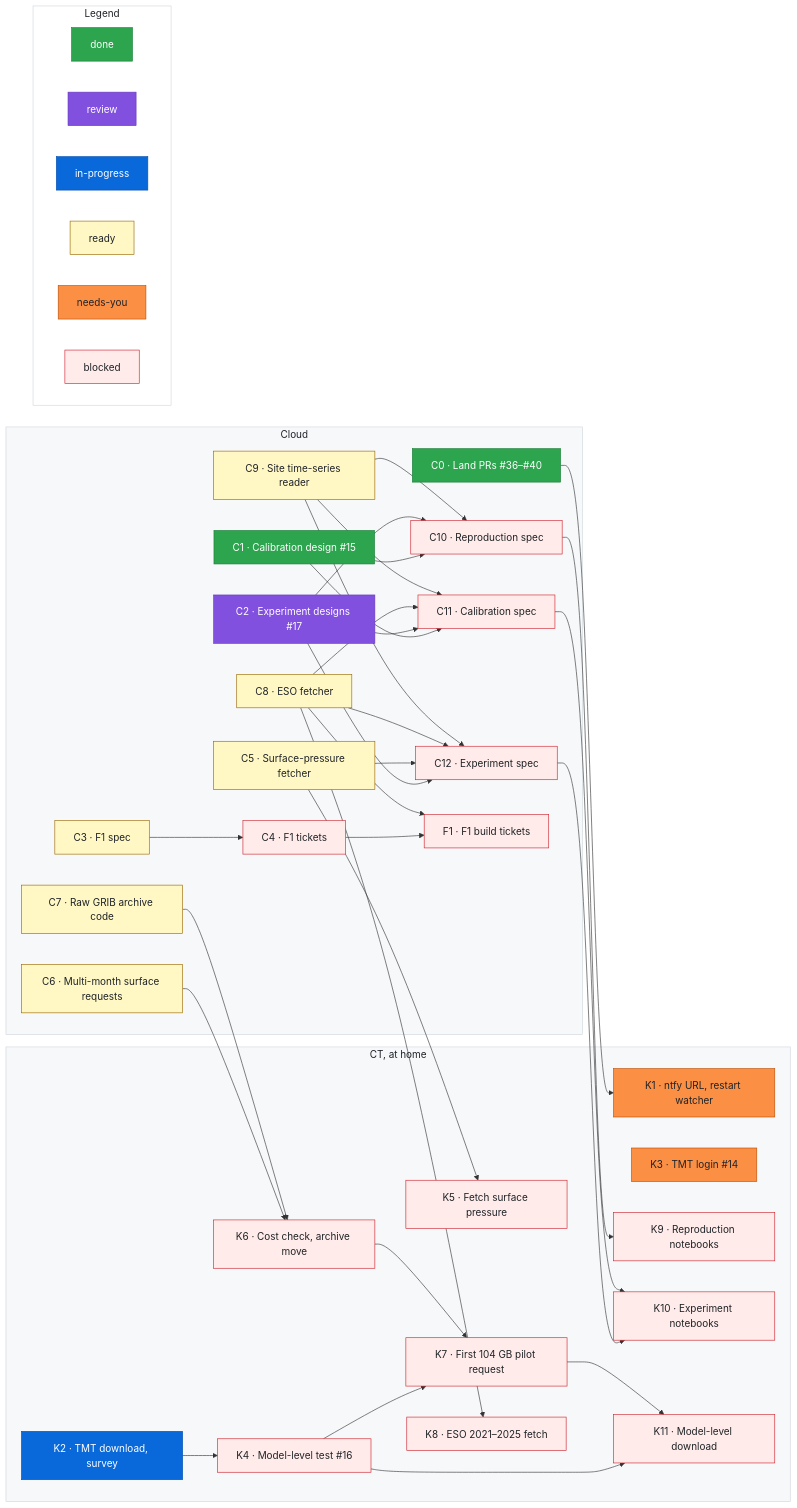
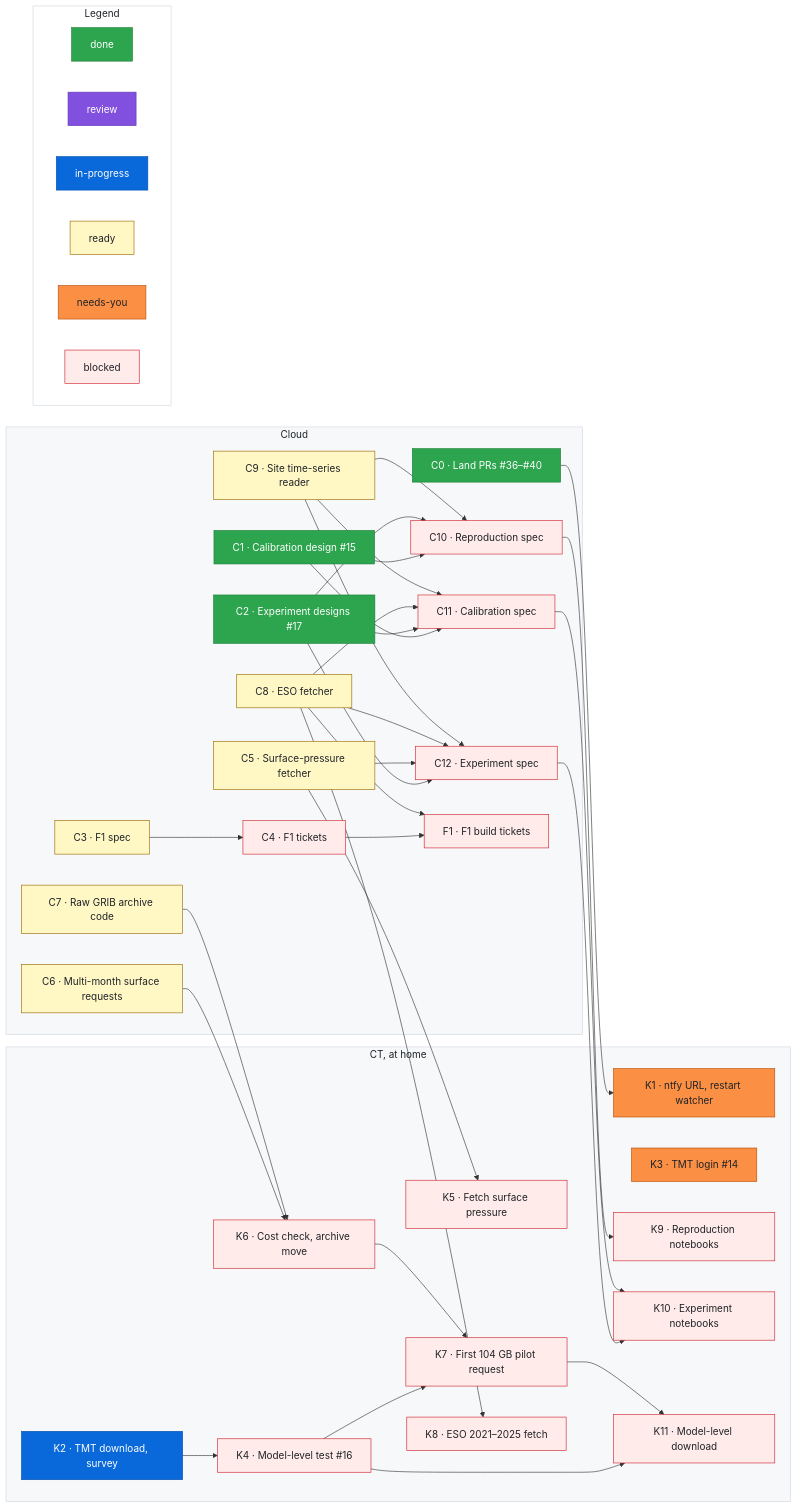
Before and after one commit to rrweller/Astro-seeing: the diagram in docs/roadmap.md, drawn with Mermaid. The commit also changed other lines of this file, not shown here.

Commit message:
roadmap: C2 review → done (#45 merged)
Claude-Session: https://claude.ai/code/session_01ECS9rZthXjkSS88C6YqvNF

```diff
--- a/docs/roadmap.md
+++ b/docs/roadmap.md
@@ -150,7 +150,7 @@
   %% ---
   class C1 done
   %% ---
-  class C2 review
+  class C2 done
   %% ---
   class C3 ready
   %% ---
```
